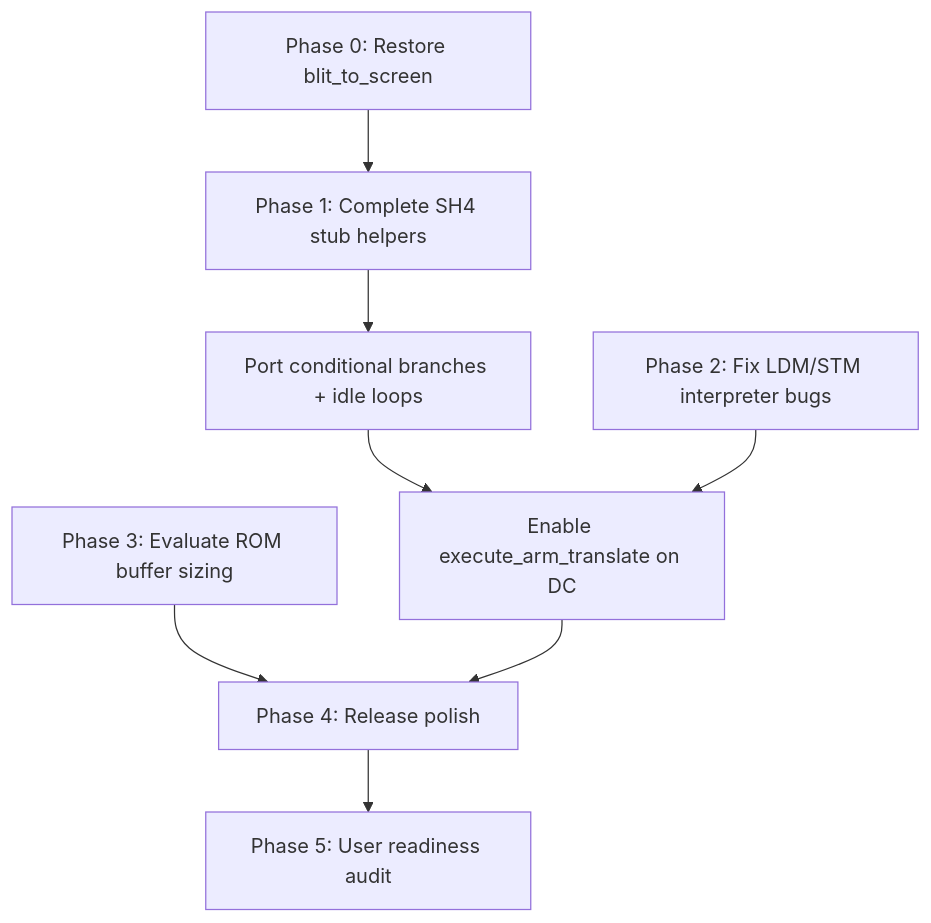
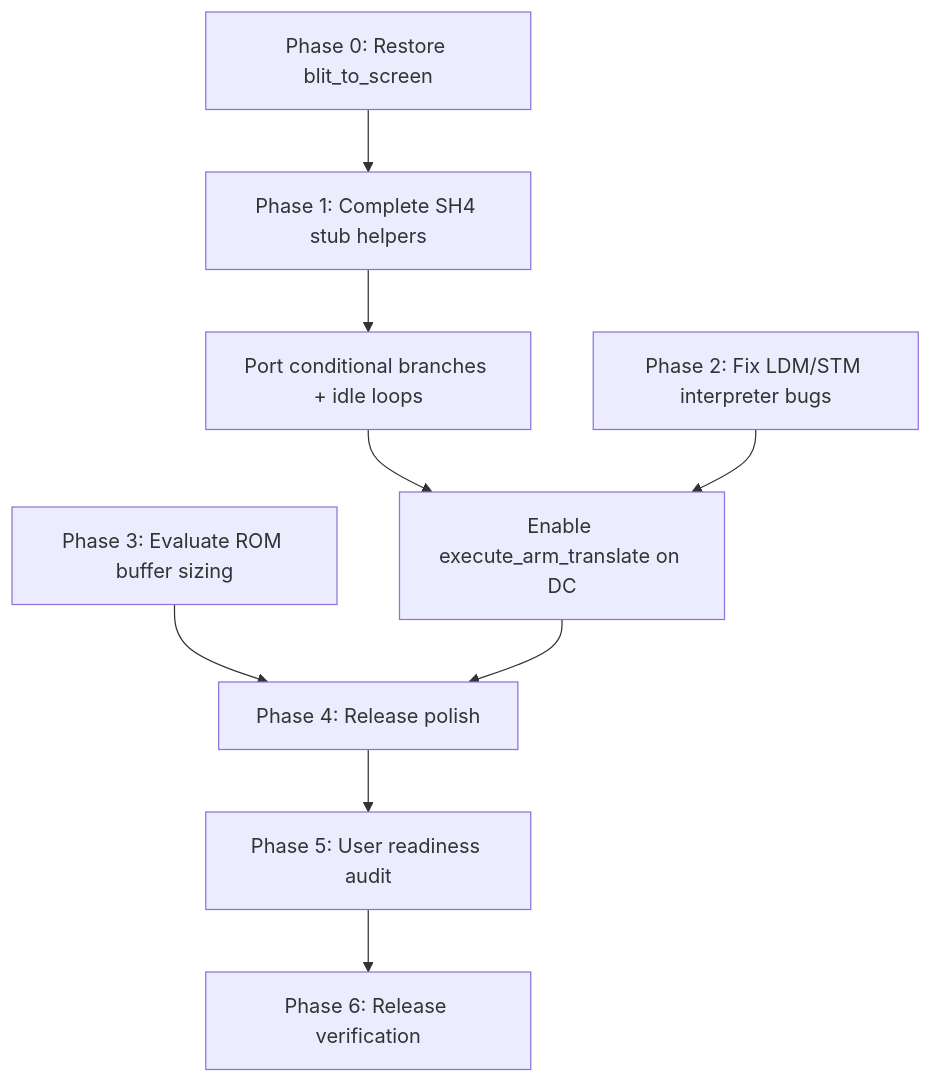
The diagram in HIGH_IMPACT_FIXES.md (GPF/gPSPDC), drawn with Mermaid before and after one commit. The commit also changed other lines of this file and 10 other files, not shown here.

First line of the commit message:
Phase 6: Release verification for Dreamcast milestone (#13)

````diff
--- a/HIGH_IMPACT_FIXES.md
+++ b/HIGH_IMPACT_FIXES.md
@@ -116,10 +131,11 @@
 ```mermaid
 flowchart TD
     A[Phase 0: Restore blit_to_screen] --> B[Phase 1: Complete SH4 stub helpers]
     B --> C[Port conditional branches + idle loops]
     C --> D[Enable execute_arm_translate on DC]
     E[Phase 2: Fix LDM/STM interpreter bugs] --> D
     F[Phase 3: Evaluate ROM buffer sizing] --> G[Phase 4: Release polish]
     D --> G
     G --> H[Phase 5: User readiness audit]
+    H --> I[Phase 6: Release verification]
 ```
````
